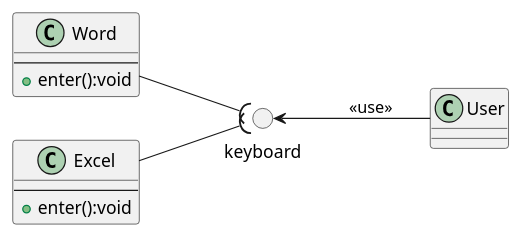
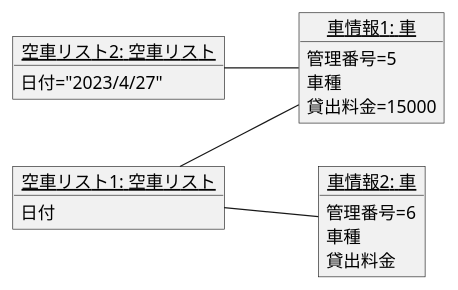
The diagram in 例題3-2.pu (tonitonityoppa/uml-introduction), drawn with PlantUML before and after one commit.

Commit message:
例題3-2編集

```diff
--- a/例題3-2.pu
+++ b/例題3-2.pu
@@ -1,87 +1,107 @@
 @startuml
 left to right direction
 
 ' class 会社 {}
 ' class 社員 {}
 ' ' 会社 --> 社員:雇う
 ' 会社 "0..1" -- "*" 社員
 ' note top of 会社:雇用者
 ' note top of 社員:従業員
 
 ' 会員リスト o-- 会員
 ' note right of 会員リスト
 ' 会員クラスがなくて成り立つ
 ' end note
 
 ' パソコン "1" *-- ハードディスク
 ' note right of パソコン
 ' ハードディスクがないと成り立ちません。
 ' end note
 ' 会社 o-- 社員
 ' 社員 *-- 社員証
 
 ' 注文 <.. 注文管理
 ' note top of 注文管理
 ' 注文管理が注文のメソッドもしくは属性を呼び出している
 ' end note
 
 ' class 社員{
 ' - 社員ID
 ' - 社員名
 ' ---
 ' + 社員ID設定 (社員ID:int):void
 ' + 社員ID取得 ():int
 ' + 社員名設定（社員名:String):void
 ' + 社員名取得（）:String
 ' }
 ' class 技術社員{
 ' - プロジェクト名:String
 ' ---
 ' + プロジェクト名設定（プロジェクト名:String):void
 ' + プロジェクト名取得（）:String
 ' }
 ' class 営業社員{
 ' - 担当地域名:String
 ' ---
 ' + 担当地域名設定（プロジェクト名:String):void
 ' + 担当地域名取得（）:String
 ' }
 ' ' 社員<|--down- 技術社員
 ' ' 社員<|--down- 営業社員
 ' 技術社員 --|> 社員
 ' 営業社員 --|> 社員
 
 ' Abstract class Animal <<Abstract>> {
 ' ---
 ' + Walk:void
 ' + {abstract} eat():int
 ' + {abstract} cry():void
 ' }
 ' class Dog {
 ' ---
 ' + eat():int
 ' + cry():void
 ' }
 ' class Cat {
 ' ---
 ' + eat():int
 ' + cry():void
 ' }
 ' Animal <|-down- Dog
 ' Animal <|-down- Cat
 
-class Word {
----
-+ enter():void
+' class Word {
+' ---
+' + enter():void
+' }
+' class Excel {
+' ---
+' + enter():void
+' }
+' circle "keyboard" as I1
+' Word --( I1
+' Excel --( I1
+' class User {
+' }
+' I1 <-- User:<< use >>
+
+object "<u>空車リスト2: 空車リスト</u>" as k2 {
+日付="2023/4/27"
 }
-class Excel {
----
-+ enter():void
+object "<u>空車リスト1: 空車リスト</u>" as k1 {
+日付
 }
-circle "keyboard" as I1
-Word --( I1
-Excel --( I1
-class User {
+object "<u>車情報1: 車</u>" as car1 {
+管理番号=5
+車種
+貸出料金=15000
 }
-I1 <-- User:<< use >>
+object "<u>車情報2: 車</u>" as car2 {
+管理番号=6
+車種
+貸出料金
+}
+k1 -- car1
+k1 -- car2
+k2 -- car1
 @enduml
```
